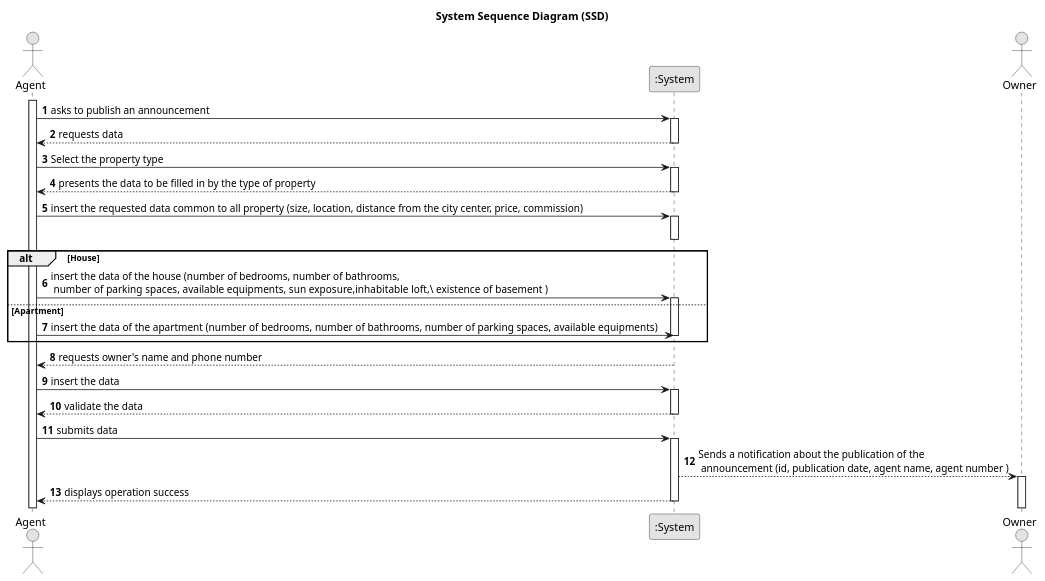
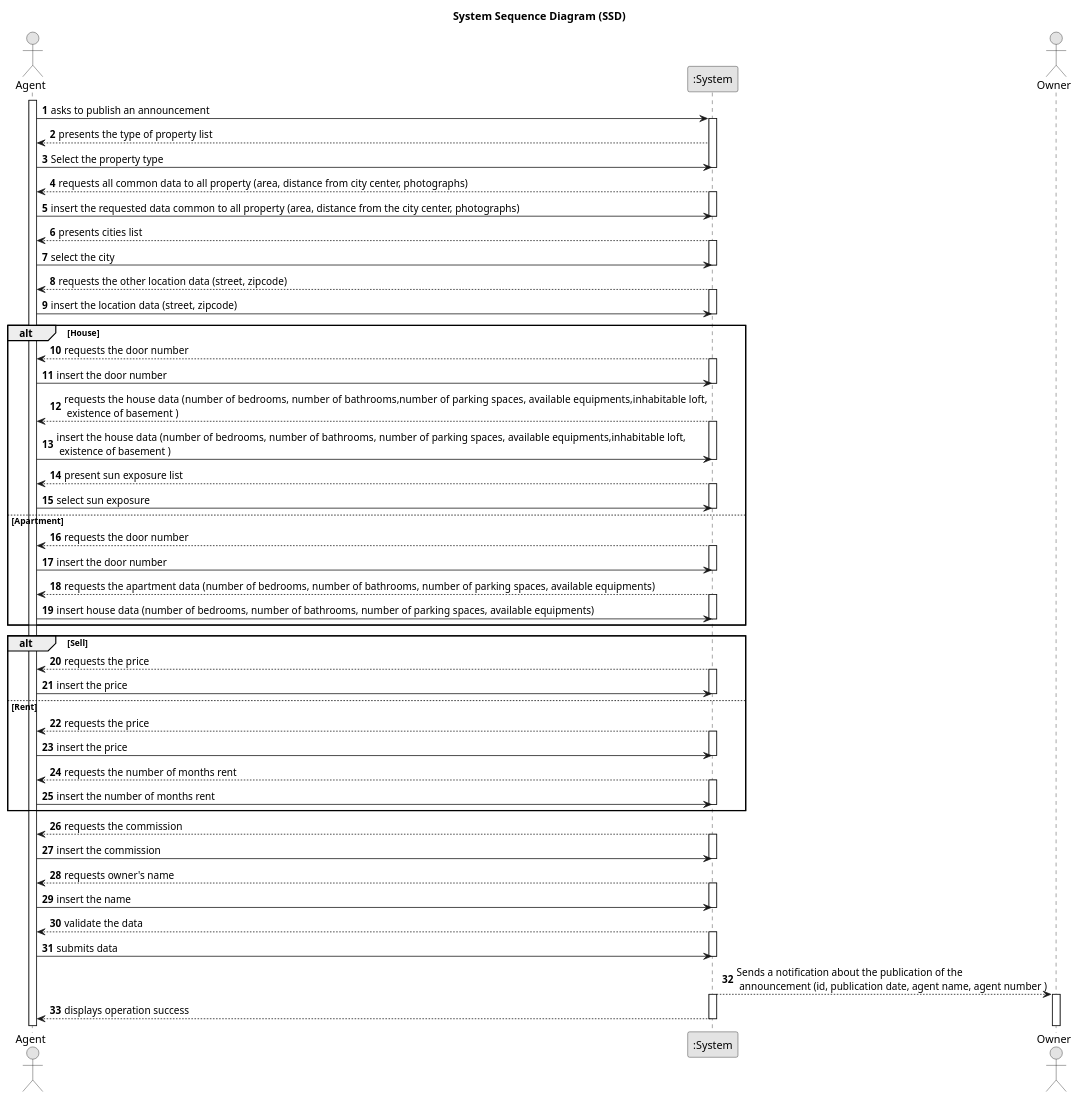
The diagram in docs/sprintD/US002/01.requirements-engineering/puml/US2-SSD.puml (tiagohcorreia/LAPR2), drawn with PlantUML before and after one commit. The commit also changed 25 other files, not shown here.

```diff
--- a/docs/sprintD/US002/01.requirements-engineering/puml/US2-SSD.puml
+++ b/docs/sprintD/US002/01.requirements-engineering/puml/US2-SSD.puml
@@ -1,69 +1,138 @@
 @startuml
 skinparam monochrome true
 skinparam packageStyle rectangle
 skinparam shadowing false
 
 title System Sequence Diagram (SSD)
 
 autonumber
 
 actor "Agent" as Employee
 participant ":System" as System
 actor "Owner" as Owner
 
 activate Employee
 
     Employee -> System : asks to publish an announcement
     activate System
 
-        System --> Employee : requests data
+        System --> Employee : presents the type of property list
+
+    Employee -> System : Select the property type
     deactivate System
 
-    Employee -> System : Select the property type
+        System --> Employee : requests all common data to all property (area, distance from city center, photographs)
     activate System
+
+    Employee -> System : insert the requested data common to all property (area, distance from the city center, photographs)
+    deactivate System
+
+    System --> Employee : presents cities list
+    activate System
+
+    Employee -> System : select the city
+    deactivate System
+
+    System --> Employee : requests the other location data (street, zipcode)
+    activate System
+
+    Employee -> System : insert the location data (street, zipcode)
+    deactivate System
+
+      deactivate System
+
+    alt House
+
+
+        System --> Employee : requests the door number
+        activate System
+
+        Employee -> System : insert the door number
+        deactivate System
+
+        System --> Employee : requests the  house data (number of bedrooms, number of bathrooms,number  of parking spaces, available equipments,inhabitable loft,\n existence of basement )
+         activate System
+
+        Employee -> System : insert the house data (number of bedrooms, number of bathrooms, number  of parking spaces, available equipments,inhabitable loft,\n existence of basement )
+            deactivate System
+
+        System -->Employee : present sun exposure list
+        activate System
+
+        Employee -> System: select sun exposure
+        deactivate System
+
+
+       else Apartment
+
+
+        System --> Employee : requests the door number
+               activate System
+
+               Employee -> System : insert the door number
+               deactivate System
+
+             System --> Employee : requests the apartment data (number of bedrooms, number of bathrooms, number  of parking spaces, available equipments)
+               activate System
+
+             Employee -> System : insert house data (number of bedrooms, number of bathrooms, number  of parking spaces, available equipments)
+                 deactivate System
+
+             end
+
+             alt Sell
+
+             System --> Employee : requests the price
+             activate System
+
+             Employee -> System : insert the price
+             deactivate System
+
+             else Rent
+
+             System --> Employee : requests the price
+              activate System
+
+             Employee -> System : insert the price
+              deactivate System
+
+              System --> Employee : requests the number of months rent
+                activate System
+
+              Employee -> System : insert the number of months rent
+               deactivate System
 
 
 
-        System --> Employee : presents the data to be filled in by the type of property
-
-    deactivate System
-
-    Employee -> System : insert the requested data common to all property (size, location, distance from the city center, price, commission)
-    activate System
-
-    alt House
-
-    deactivate System
-
-        Employee -> System : insert the data of the house (number of bedrooms, number of bathrooms,\n number  of parking spaces, available equipments, sun exposure,inhabitable loft,\ existence of basement )
-            activate System
-
-       else Apartment
-             Employee -> System : insert the data of the apartment (number of bedrooms, number of bathrooms, number  of parking spaces, available equipments)
-                        deactivate System
-
              end
 
-    activate System
+              System --> Employee : requests the commission
+                           activate System
 
-          System --> Employee : requests owner's name and phone number
-          deactivate System
+                          Employee -> System : insert the commission
+                           deactivate System
 
-         Employee -> System : insert the data
-            activate System
+                          
 
+          System --> Employee : requests owner's name
+          activate System
+
+         Employee -> System : insert the name
+            deactivate System
 
 
         System --> Employee : validate the data
-    deactivate System
+    activate System
 
     Employee -> System : submits data
-    activate System
+    deactivate System
 
      System --> Owner : Sends a notification about the publication of the\n announcement (id, publication date, agent name, agent number )
         activate Owner
+
+    activate System
 
      System --> Employee : displays operation success
             deactivate System
 
 @enduml
```
